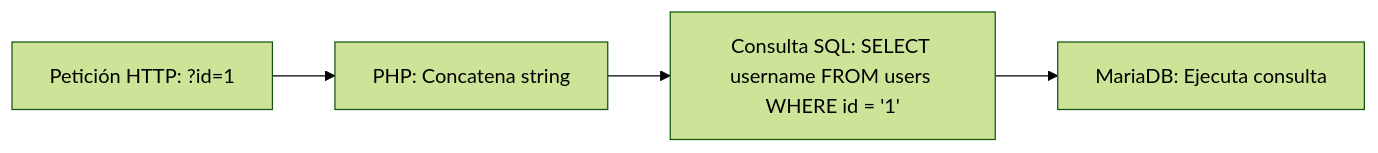
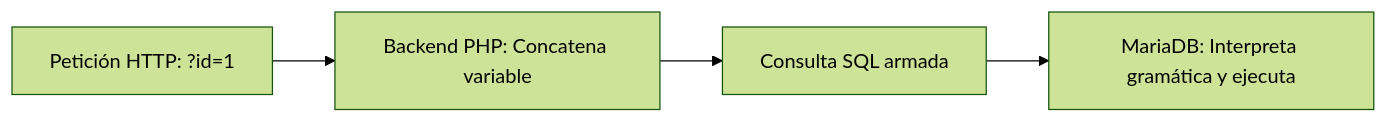
The fifth of 5 diagrams in pentesting-web/02-fundamentos-sql/README.md (purpesec/Cybersecurity-For-Beginners), drawn with Mermaid (forest theme) before and after one commit. The commit also changed other lines of this file and 5 other files, not shown here.

````diff
--- a/pentesting-web/02-fundamentos-sql/README.md
+++ b/pentesting-web/02-fundamentos-sql/README.md
@@ -337,6 +319,6 @@
 ```mermaid
 flowchart LR
-    A["Petición HTTP: ?id=1"] --> B["PHP: Concatena string"]
-    B --> C["Consulta SQL: SELECT username FROM users WHERE id = '1'"]
-    C --> D["MariaDB: Ejecuta consulta"]
+    A["Petición HTTP: ?id=1"] --> B["Backend PHP: Concatena variable"]
+    B --> C["Consulta SQL armada"]
+    C --> D["MariaDB: Interpreta gramática y ejecuta"]
 ```
````
